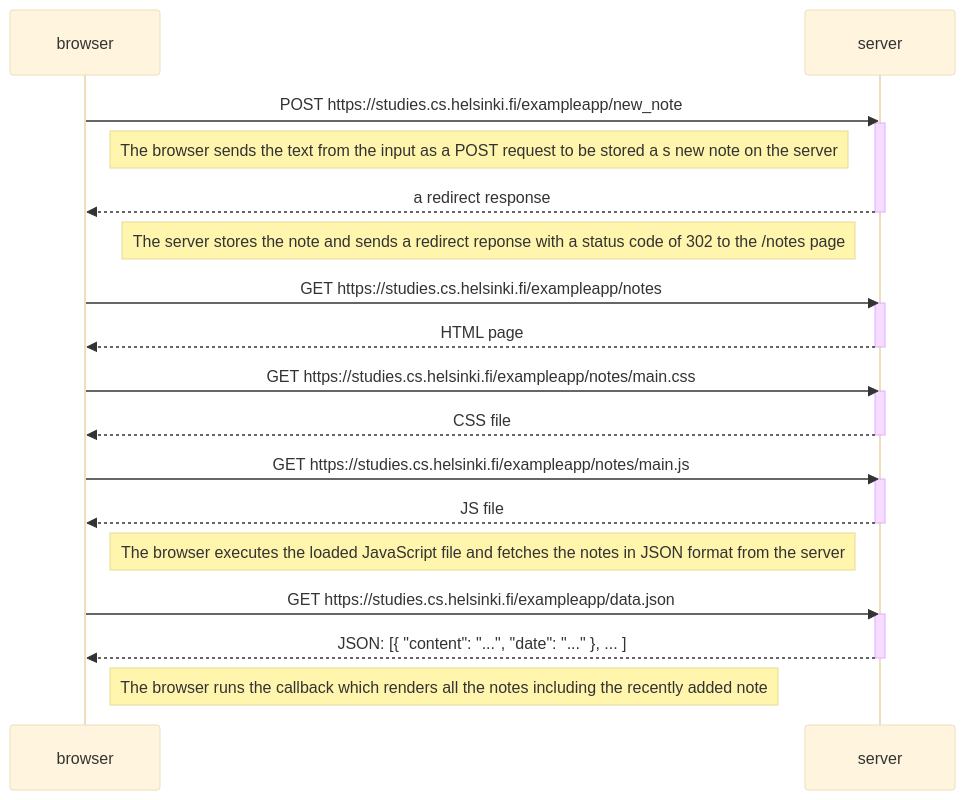
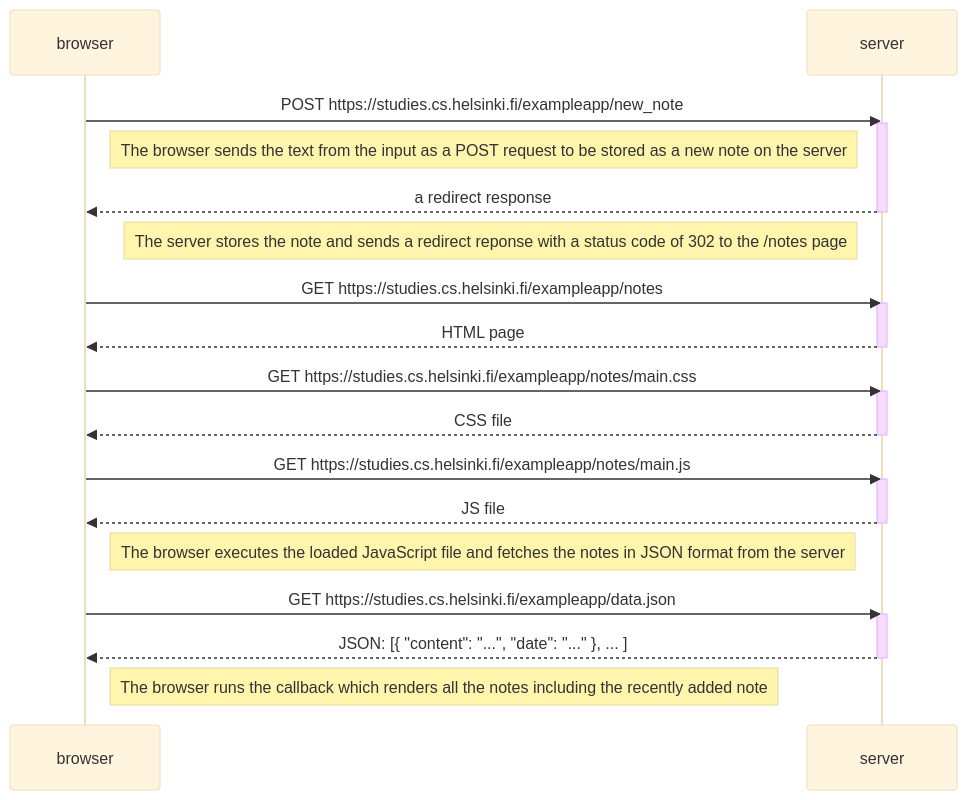
The diagram in part0/exercise-4.md (blueaelixir/fullstackopen-course), drawn with Mermaid (base theme) before and after one commit.

Commit message:
chore(exercise): update description

````diff
--- a/part0/exercise-4.md
+++ b/part0/exercise-4.md
@@ -3,39 +3,39 @@
 ```mermaid
 sequenceDiagram
     participant browser
     participant server
 
     browser->>server: POST https://studies.cs.helsinki.fi/exampleapp/new_note
     activate server
 
-    Note right of browser: The browser sends the text from the input as a POST request to be stored a s new note on the server
+    Note right of browser: The browser sends the text from the input as a POST request to be stored as a new note on the server
 
     server-->>browser: a redirect response
     deactivate server
 
     Note left of server: The server stores the note and sends a redirect reponse with a status code of 302 to the /notes page
 
     browser->>server: GET https://studies.cs.helsinki.fi/exampleapp/notes
     activate server
     server-->>browser: HTML page
     deactivate server
 
     browser->>server: GET https://studies.cs.helsinki.fi/exampleapp/notes/main.css
     activate server
     server-->>browser: CSS file
     deactivate server
 
     browser->>server: GET https://studies.cs.helsinki.fi/exampleapp/notes/main.js
     activate server
     server-->>browser: JS file
     deactivate server
 
     Note right of browser: The browser executes the loaded JavaScript file and fetches the notes in JSON format from the server
 
     browser->>server: GET https://studies.cs.helsinki.fi/exampleapp/data.json
     activate server
     server-->>browser: JSON: [{ "content": "...", "date": "..." }, ... ]
     deactivate server
 
     Note right of browser: The browser runs the callback which renders all the notes including the recently added note
 ```
````
